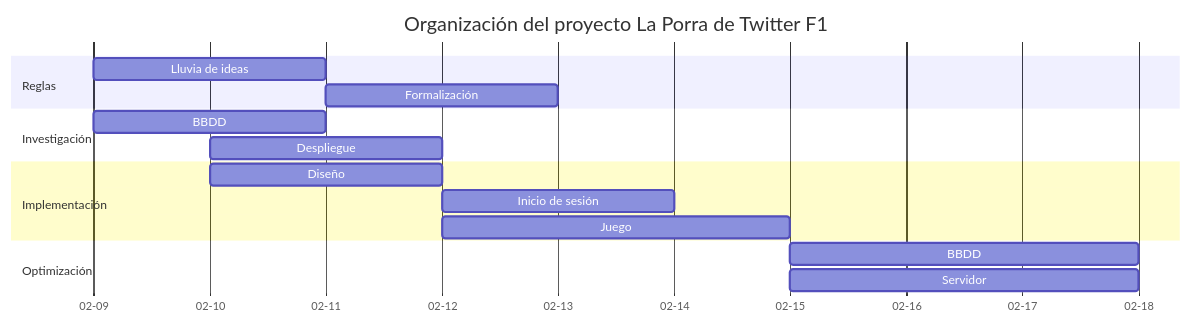
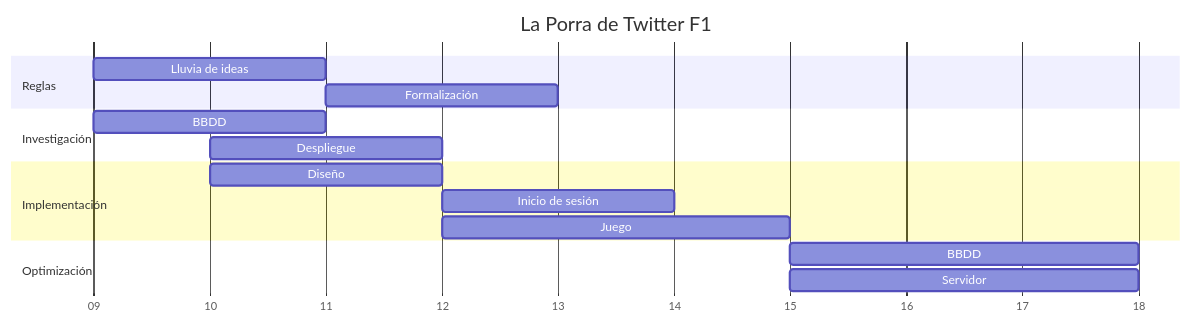
The diagram in _posts/2023-02-25-Como-consegui-400-usuarios.md (enriqueesanchz/enriqueesanchz.github.io), drawn with Mermaid before and after one commit.

Commit message:
[Como consegui 400 usuarios] fix mobile

````diff
--- a/_posts/2023-02-25-Como-consegui-400-usuarios.md
+++ b/_posts/2023-02-25-Como-consegui-400-usuarios.md
@@ -25,23 +25,23 @@
 ```mermaid
  gantt
   dateFormat  YYYY-MM-DD
-  axisFormat %m-%d
-  title  Organización del proyecto La Porra de Twitter F1
+  axisFormat %d
+  title  La Porra de Twitter F1
   
   section Reglas
   Lluvia de ideas :a, 2022-02-09, 2d
   Formalización :b, after a, 2d
   
   section Investigación
   BBDD :c, 2022-02-09, 2d
   Despliegue :e, 2022-02-10, 2d
   
   section Implementación
   Diseño :f, 2022-02-10, 2d
   Inicio de sesión :d, after f, 2d
   Juego :g, after f, 3d
   
   section Optimización
   BBDD: h, 2022-02-15, 3d
   Servidor: i, 2022-02-15, 3d
 ```
````
